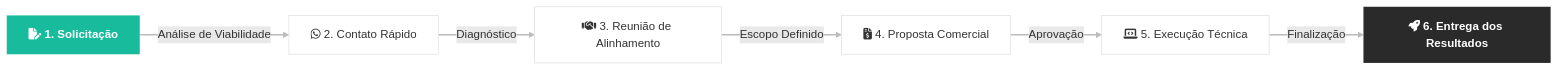
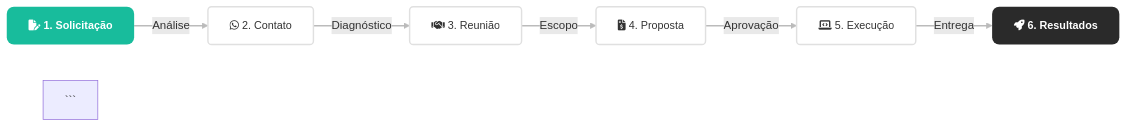
One commit to Alexssandrosilv/Alexssadrosilv.github.io changed the first of 2 diagrams in consultoria.qmd. Above: the diagram before and after it, drawn with Mermaid. The commit also changed other lines of this file and 1 other file, not shown here.

````diff
--- a/consultoria.qmd
+++ b/consultoria.qmd
@@ -29,21 +29,22 @@
 ```{mermaid}
 %%| fig-align: center
+%%| fig-height: 3
 flowchart LR
-    A[<i class='fa-solid fa-file-pen'></i> 1. Solicitação] -->|Análise de Viabilidade| B[<i class='fa-brands fa-whatsapp'></i> 2. Contato Rápido]
-    B -->|Diagnóstico| C[<i class='fa-solid fa-handshake'></i> 3. Reunião de Alinhamento]
-    C -->|Escopo Definido| D[<i class='fa-solid fa-file-invoice-dollar'></i> 4. Proposta Comercial]
-    D -->|Aprovação| E[<i class='fa-solid fa-laptop-code'></i> 5. Execução Técnica]
-    E -->|Finalização| F[<i class='fa-solid fa-rocket'></i> 6. Entrega dos Resultados]
+    %% Nós do Fluxo
+    A[<i class='fa-solid fa-file-pen'></i> 1. Solicitação] -->|Análise| B[<i class='fa-brands fa-whatsapp'></i> 2. Contato]
+    B -->|Diagnóstico| C[<i class='fa-solid fa-handshake'></i> 3. Reunião]
+    C -->|Escopo| D[<i class='fa-solid fa-file-invoice-dollar'></i> 4. Proposta]
+    D -->|Aprovação| E[<i class='fa-solid fa-laptop-code'></i> 5. Execução]
+    E -->|Entrega| F[<i class='fa-solid fa-rocket'></i> 6. Resultados]
 
-    %% ESTILIZAÇÃO PROFISSIONAL (Cores da Marca)
-    classDef start fill:#18bc9c,stroke:#18bc9c,color:#fff,stroke-width:0px,font-weight:bold;
-    classDef process fill:#fff,stroke:#e0e0e0,color:#333,stroke-width:1px;
-    classDef endNode fill:#2a2a2a,stroke:#2a2a2a,color:#fff,stroke-width:0px,font-weight:bold;
+    %% ESTILIZAÇÃO PROFISSIONAL
+    classDef start fill:#18bc9c,stroke:#18bc9c,color:#fff,stroke-width:0px,font-weight:bold,rx:10,ry:10,font-size:15px;
+    classDef process fill:#fff,stroke:#e0e0e0,color:#333,stroke-width:2px,rx:5,ry:5,font-size:15px;
+    classDef endNode fill:#2a2a2a,stroke:#2a2a2a,color:#fff,stroke-width:0px,font-weight:bold,rx:10,ry:10,font-size:15px;
 
     class A start;
     class B,C,D,E process;
     class F endNode;
     
-    linkStyle default stroke:#bbb,stroke-width:2px;
-
-```    
+    linkStyle default stroke:#bbb,stroke-width:2px;```    
+```
````
